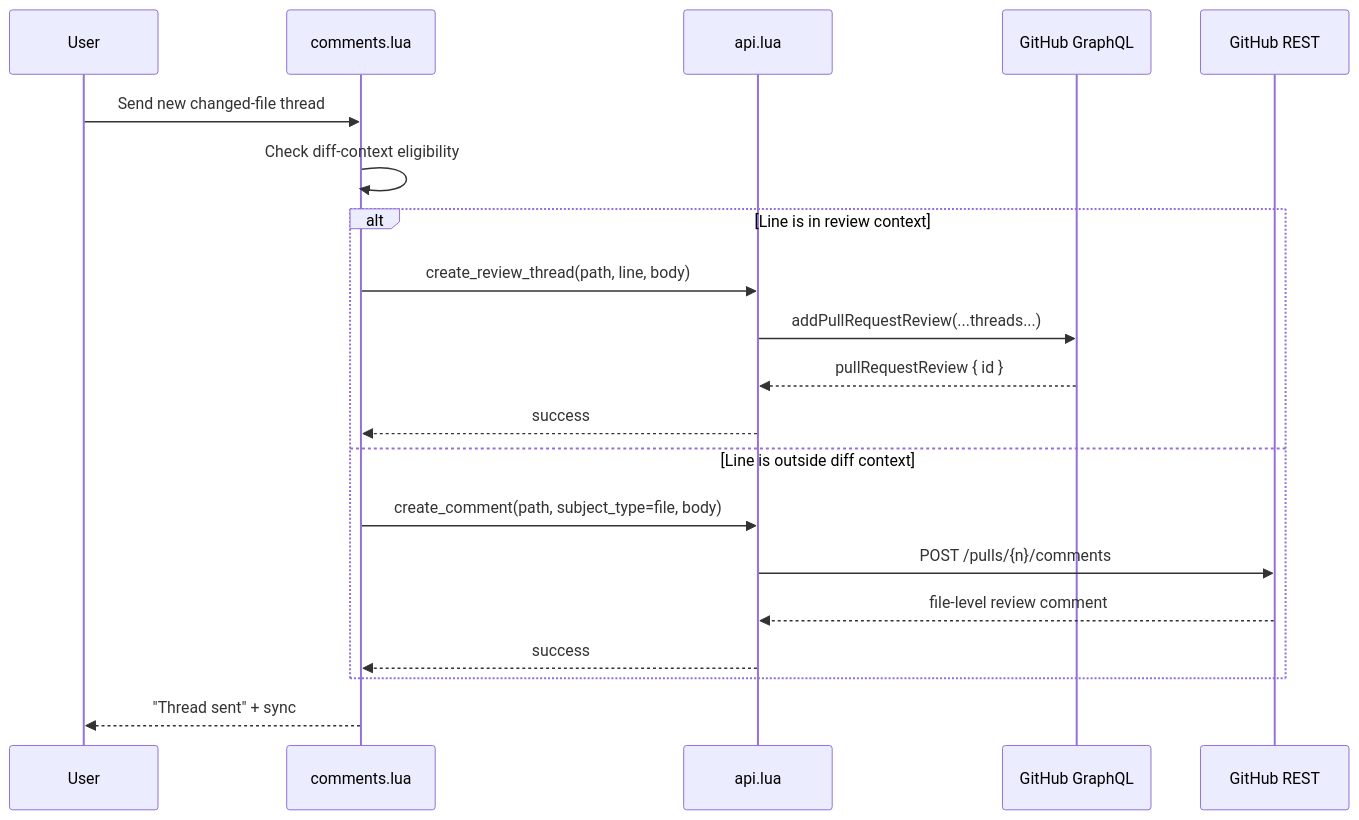
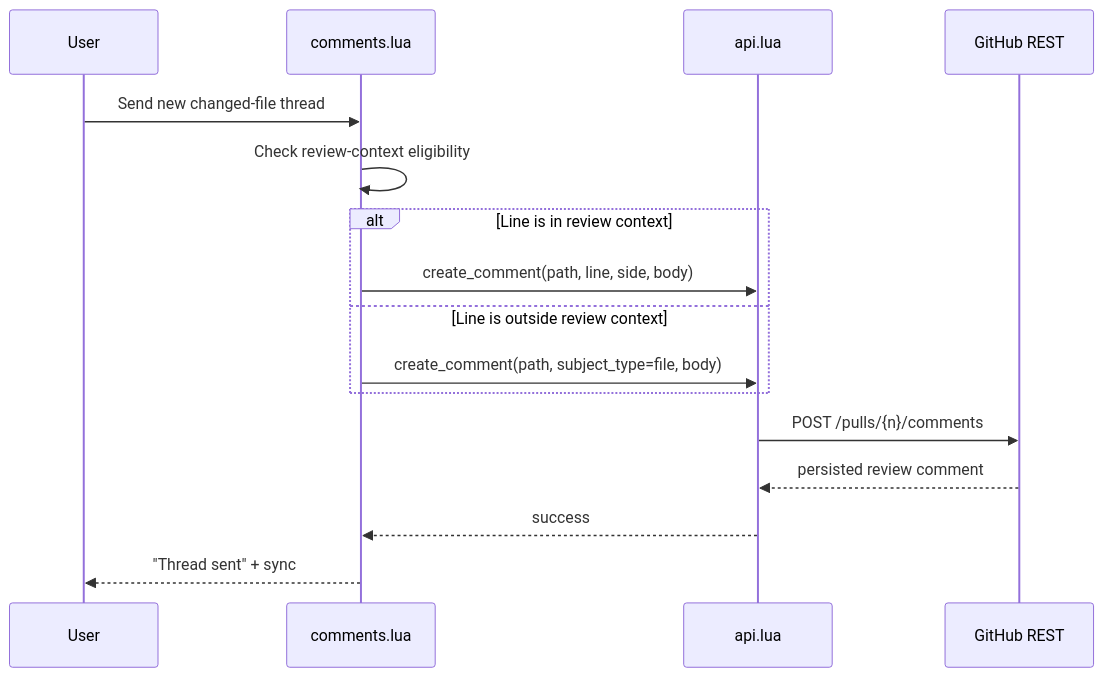
One commit to bajor/nvim-raccoon changed the second of 2 diagrams in ARCHITECTURE_DIFF.md. Above: the diagram before and after it, drawn with Mermaid. The commit also changed other lines of this file and 5 other files, not shown here.

Commit message:
fix: persist review comments across sync

````diff
--- a/ARCHITECTURE_DIFF.md
+++ b/ARCHITECTURE_DIFF.md
@@ -19,23 +19,19 @@
 ```mermaid
 sequenceDiagram
     participant U as User
     participant C as comments.lua
     participant A as api.lua
-    participant G as GitHub GraphQL
     participant R as GitHub REST
 
     U->>C: Send new changed-file thread
-    C->>C: Check diff-context eligibility
+    C->>C: Check review-context eligibility
     alt Line is in review context
-        C->>A: create_review_thread(path, line, body)
-        A->>G: addPullRequestReview(...threads...)
-        G-->>A: pullRequestReview { id }
-        A-->>C: success
-    else Line is outside diff context
+        C->>A: create_comment(path, line, side, body)
+    else Line is outside review context
         C->>A: create_comment(path, subject_type=file, body)
-        A->>R: POST /pulls/{n}/comments
-        R-->>A: file-level review comment
-        A-->>C: success
     end
+    A->>R: POST /pulls/{n}/comments
+    R-->>A: persisted review comment
+    A-->>C: success
     C-->>U: "Thread sent" + sync
 ```
````
